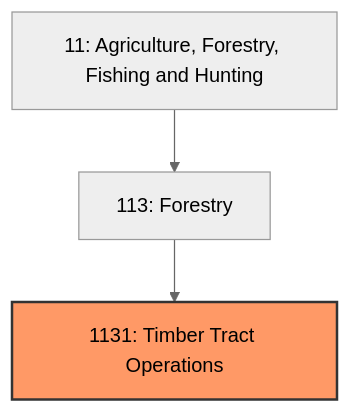
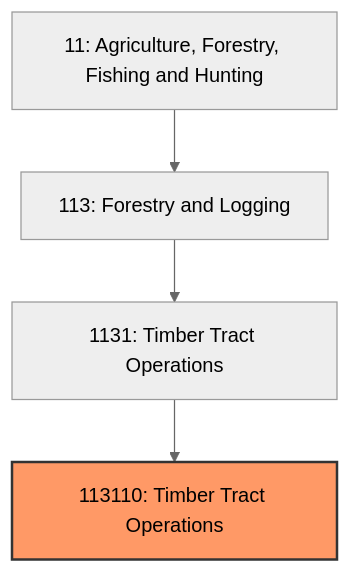
The first of 3 diagrams in industries/Agriculture/Forestry/TimberTractOperations.mdx (kziemski/business.org.ai), drawn with Mermaid (neutral theme) before and after one commit. The commit also changed other lines of this file and 67 other files, not shown here.

````diff
--- a/industries/Agriculture/Forestry/TimberTractOperations.mdx
+++ b/industries/Agriculture/Forestry/TimberTractOperations.mdx
@@ -20,7 +34,8 @@
 ```mermaid
 graph TD
     S11["11: Agriculture, Forestry, Fishing and Hunting"]
-    S11 --> N113["113: Forestry"]
+    S11 --> N113["113: Forestry and Logging"]
     N113 --> N1131["1131: Timber Tract Operations"]
-    style N1131 fill:#f96,stroke:#333,stroke-width:2px
+    N1131 --> N113110["113110: Timber Tract Operations"]
+    style N113110 fill:#f96,stroke:#333,stroke-width:2px
 ```
````
